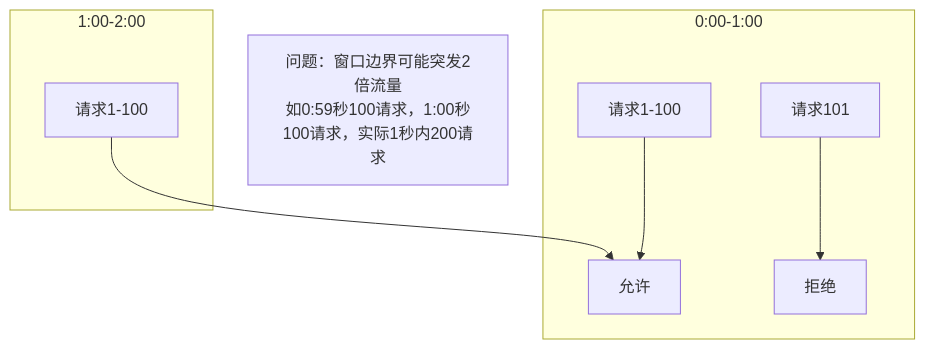
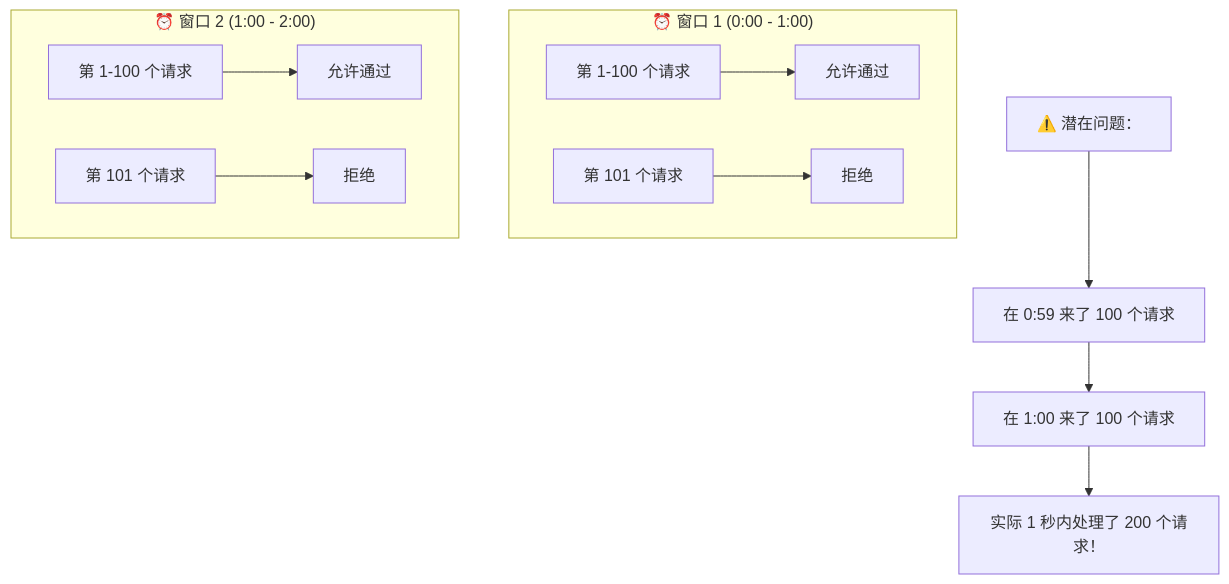
One commit to zhangshichuan/maxzhang.site changed the tenth of 14 diagrams in articles/zh/nodejs-security-guide.mdx. Above: the diagram before and after it, drawn with Mermaid. The commit also changed other lines of this file and 1 other file, not shown here.

````diff
--- a/articles/zh/nodejs-security-guide.mdx
+++ b/articles/zh/nodejs-security-guide.mdx
@@ -305,11 +1009,17 @@
 ```mermaid
 flowchart TD
-    subgraph 时间窗口1[0:00-1:00]
-        A[请求1-100] --> 允许
-        B[请求101] --> 拒绝
+    subgraph 窗口1["⏰ 窗口 1 (0:00 - 1:00)"]
+        A1["第 1-100 个请求"] --> OK1[允许通过]
+        A2["第 101 个请求"] --> NO1[拒绝]
     end
-    subgraph 时间窗口2[1:00-2:00]
-        C[请求1-100] --> 允许
+
+    subgraph 窗口2["⏰ 窗口 2 (1:00 - 2:00)"]
+        B1["第 1-100 个请求"] --> OK2[允许通过]
+        B2["第 101 个请求"] --> NO2[拒绝]
     end
-    Note[问题：窗口边界可能突发2倍流量<br>如0:59秒100请求，1:00秒100请求，实际1秒内200请求]
+
+    Note1["⚠️ 潜在问题："]
+    Note1 --> Note2["在 0:59 来了 100 个请求"]
+    Note2 --> Note3["在 1:00 来了 100 个请求"]
+    Note3 --> Note4["实际 1 秒内处理了 200 个请求！"]
 ```
````
